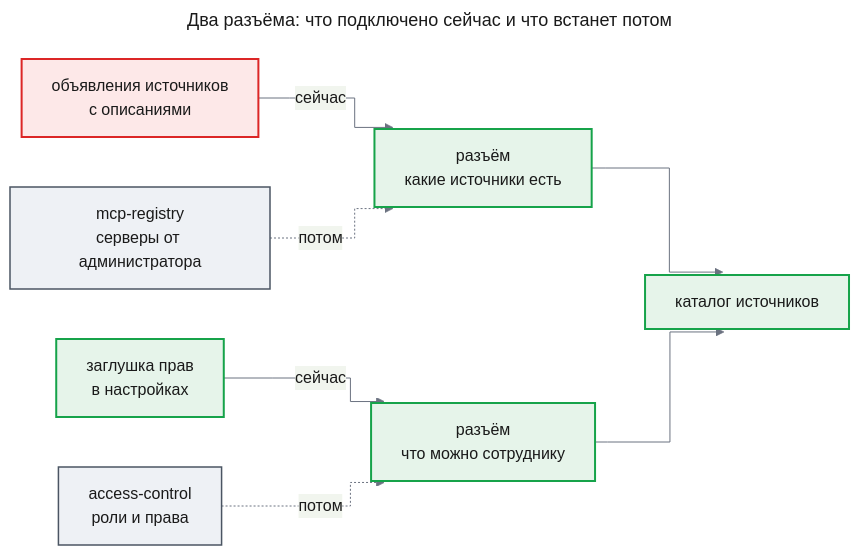
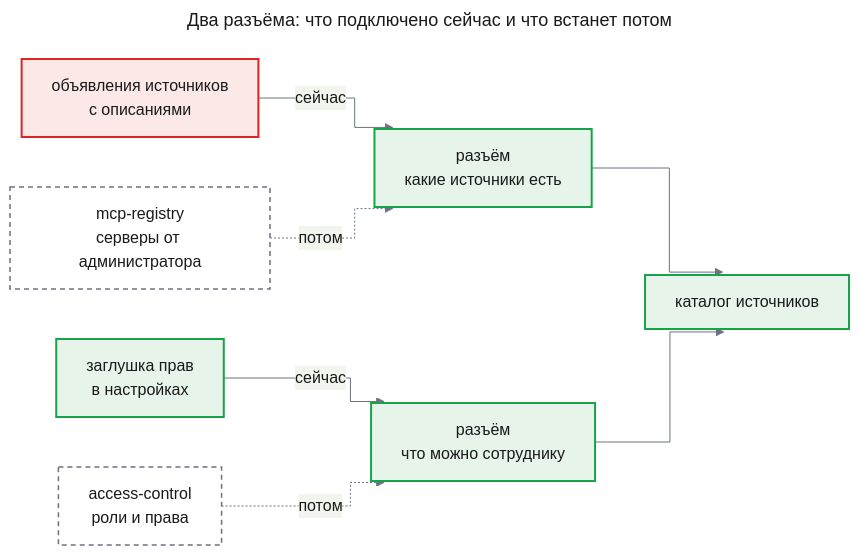
Before and after one commit to tundraray/agent-os: the second of 7 diagrams in docs/features/source-planning/prd.md, drawn with Mermaid. The commit also changed other lines of this file, not shown here.

````diff
--- a/docs/features/source-planning/prd.md
+++ b/docs/features/source-planning/prd.md
@@ -102,35 +113,35 @@
 ```mermaid
 ---
 title: "Два разъёма: что подключено сейчас и что встанет потом"
 config:
   theme: base
   look: classic
   themeVariables:
     primaryColor: "#eef1f5"
     primaryBorderColor: "#4b5563"
     primaryTextColor: "#1a1a1a"
     lineColor: "#6b7280"
   flowchart:
     curve: step
 ---
 flowchart LR
     decl["объявления источников<br/>с описаниями"]
     stub["заглушка прав<br/>в настройках"]
     reg["mcp-registry<br/>серверы от администратора"]
     acl["access-control<br/>роли и права"]
     p1["разъём<br/>какие источники есть"]
     p2["разъём<br/>что можно сотруднику"]
     cat["каталог источников"]
     decl -->|"сейчас"| p1
     reg -.->|"потом"| p1
     stub -->|"сейчас"| p2
     acl -.->|"потом"| p2
     p1 --> cat
     p2 --> cat
     classDef changed fill:#fde8e8,stroke:#dc2626,stroke-width:2px,color:#1a1a1a
     classDef new fill:#e6f4ea,stroke:#16a34a,stroke-width:2px,color:#1a1a1a
-    classDef unchanged fill:#eef1f5,stroke:#4b5563,stroke-width:1.5px,color:#1a1a1a
+    classDef future fill:#ffffff,stroke:#6b7280,stroke-width:1.5px,stroke-dasharray:5 4,color:#1a1a1a
     class decl changed
     class stub,p1,p2,cat new
-    class reg,acl unchanged
+    class reg,acl future
 ```
````
